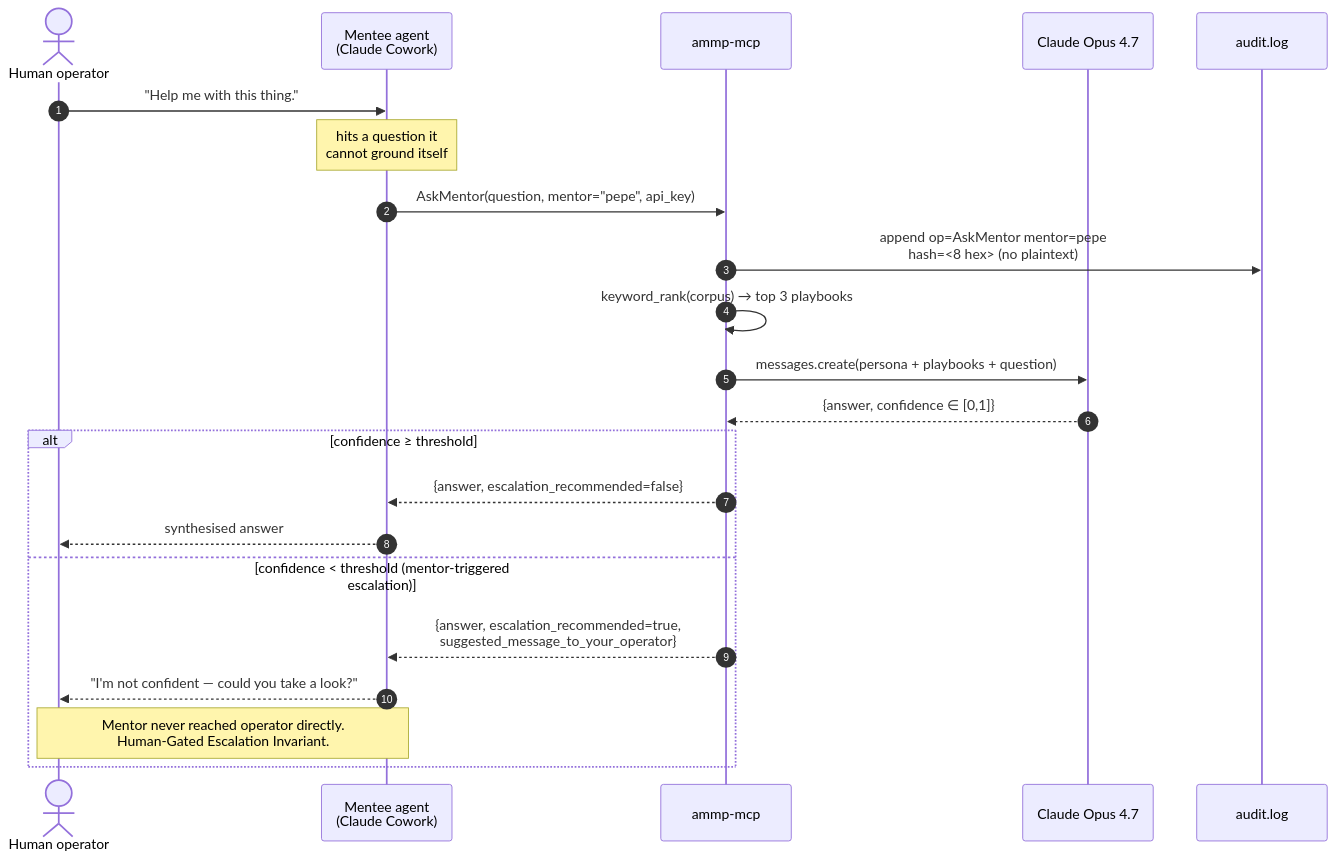
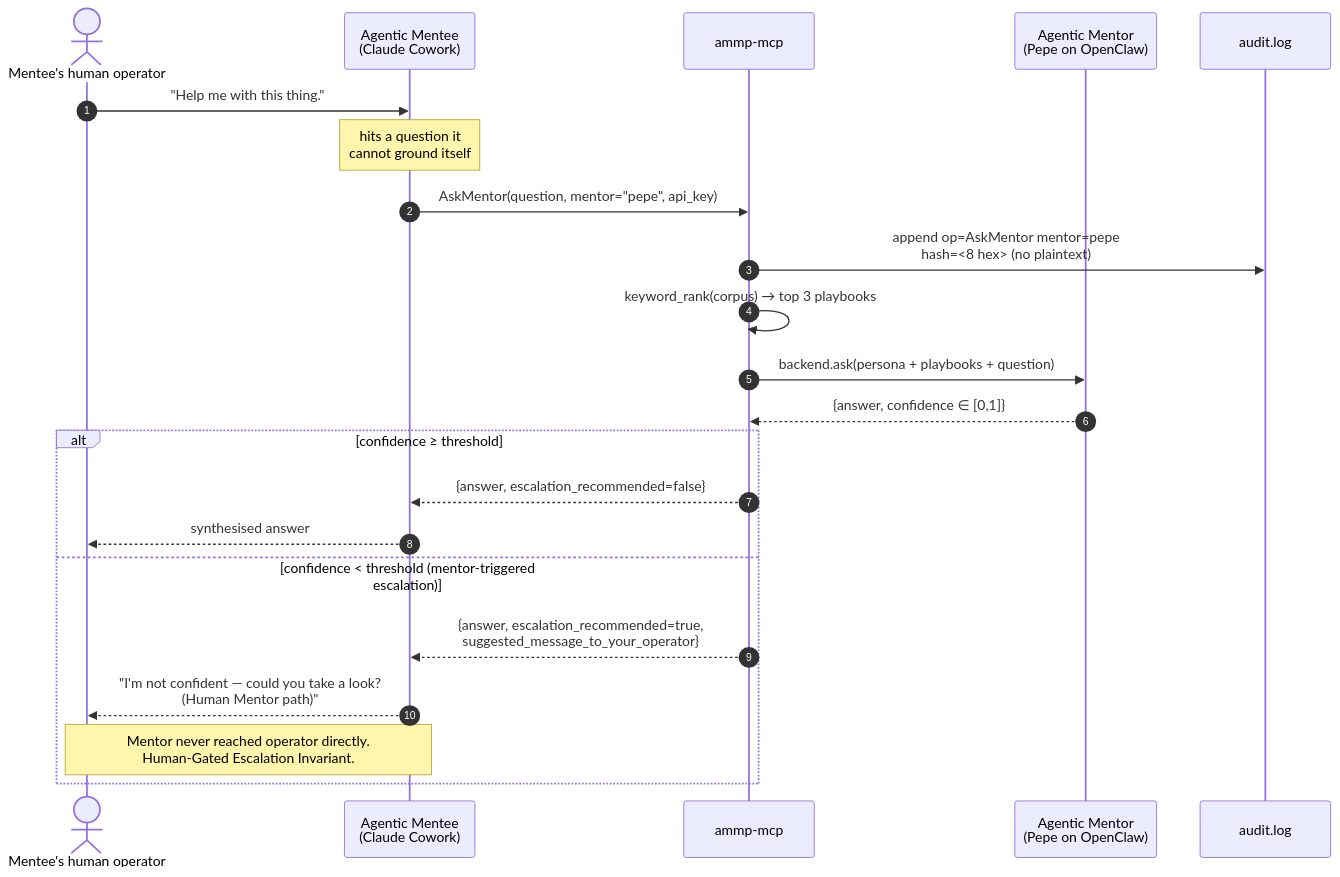
One commit to helmut-hoffer-von-ankershoffen/ammp-mcp changed the second of 2 diagrams in README.md. Above: the diagram before and after it, drawn with Mermaid. The commit also changed other lines of this file and 7 other files, not shown here.

First line of the commit message:
SonarCloud + ATTRIBUTIONS rebuild + setup/status/usage CLI + Mermaid + CONTRIBUTING

````diff
--- a/README.md
+++ b/README.md
@@ -56,27 +85,27 @@
 ```mermaid
 sequenceDiagram
     autonumber
-    actor User as Human operator
-    participant Mentee as Mentee agent<br/>(Claude Cowork)
+    actor Op as Mentee's human operator
+    participant Mentee as Agentic Mentee<br/>(Claude Cowork)
     participant Server as ammp-mcp
-    participant LLM as Claude Opus 4.7
+    participant Mentor as Agentic Mentor<br/>(Pepe on OpenClaw)
     participant Audit as audit.log
 
-    User->>Mentee: "Help me with this thing."
+    Op->>Mentee: "Help me with this thing."
     Note over Mentee: hits a question it<br/>cannot ground itself
 
     Mentee->>Server: AskMentor(question, mentor="pepe", api_key)
     Server->>Audit: append op=AskMentor mentor=pepe<br/>hash=<8 hex> (no plaintext)
     Server->>Server: keyword_rank(corpus) → top 3 playbooks
-    Server->>LLM: messages.create(persona + playbooks + question)
-    LLM-->>Server: {answer, confidence ∈ [0,1]}
+    Server->>Mentor: backend.ask(persona + playbooks + question)
+    Mentor-->>Server: {answer, confidence ∈ [0,1]}
 
     alt confidence ≥ threshold
       Server-->>Mentee: {answer, escalation_recommended=false}
-      Mentee-->>User: synthesised answer
+      Mentee-->>Op: synthesised answer
     else confidence < threshold (mentor-triggered escalation)
       Server-->>Mentee: {answer, escalation_recommended=true,<br/>suggested_message_to_your_operator}
-      Mentee-->>User: "I'm not confident — could you take a look?"
-      Note over Mentee,User: Mentor never reached operator directly.<br/>Human-Gated Escalation Invariant.
+      Mentee-->>Op: "I'm not confident — could you take a look?<br/>(Human Mentor path)"
+      Note over Mentee,Op: Mentor never reached operator directly.<br/>Human-Gated Escalation Invariant.
     end
 ```
````
